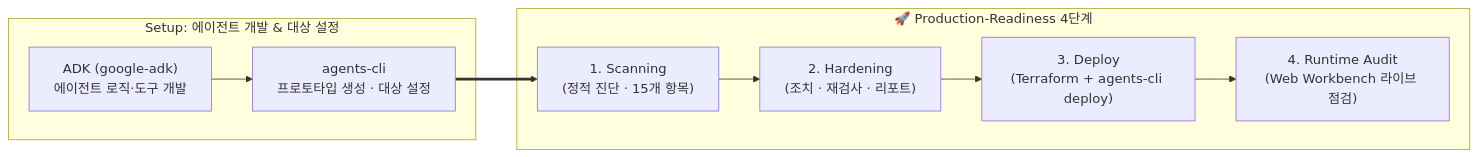
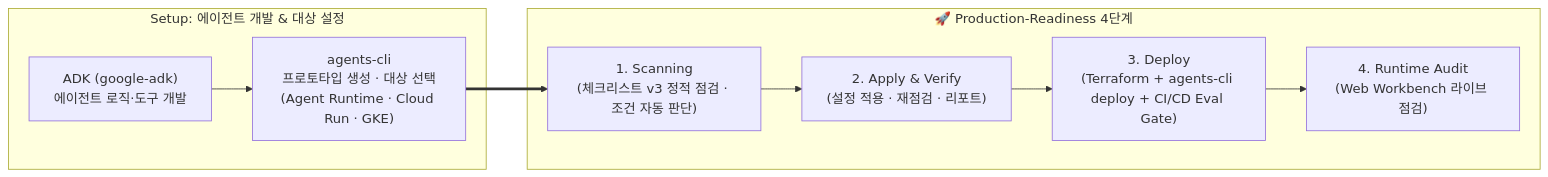
Before and after one commit to kiwonilee/production-ready-agent-platform: the diagram in README.md, drawn with Mermaid. The commit also changed other lines of this file and 40 other files, not shown here.

````diff
--- a/README.md
+++ b/README.md
@@ -38,18 +33,18 @@
 ```mermaid
 flowchart LR
     subgraph Day0_1["Setup: 에이전트 개발 & 대상 설정"]
         ADK["ADK (google-adk)<br/>에이전트 로직·도구 개발"]
-        ACLI["agents-cli<br/>프로토타입 생성 · 대상 설정"]
+        ACLI["agents-cli<br/>프로토타입 생성 · 대상 선택<br/>(Agent Runtime · Cloud Run · GKE)"]
         ADK --> ACLI
     end
 
     subgraph Readiness["🚀 Production-Readiness 4단계"]
-        S1["1. Scanning<br/>(정적 진단 · 15개 항목)"]
-        S2["2. Hardening<br/>(조치 · 재검사 · 리포트)"]
-        S3["3. Deploy<br/>(Terraform + agents-cli deploy)"]
+        S1["1. Scanning<br/>(체크리스트 v3 정적 점검 · 조건 자동 판단)"]
+        S2["2. Apply & Verify<br/>(설정 적용 · 재점검 · 리포트)"]
+        S3["3. Deploy<br/>(Terraform + agents-cli deploy + CI/CD Eval Gate)"]
         S4["4. Runtime Audit<br/>(Web Workbench 라이브 점검)"]
         S1 --> S2 --> S3 --> S4
     end
 
     ACLI ==> S1
 ```
````
